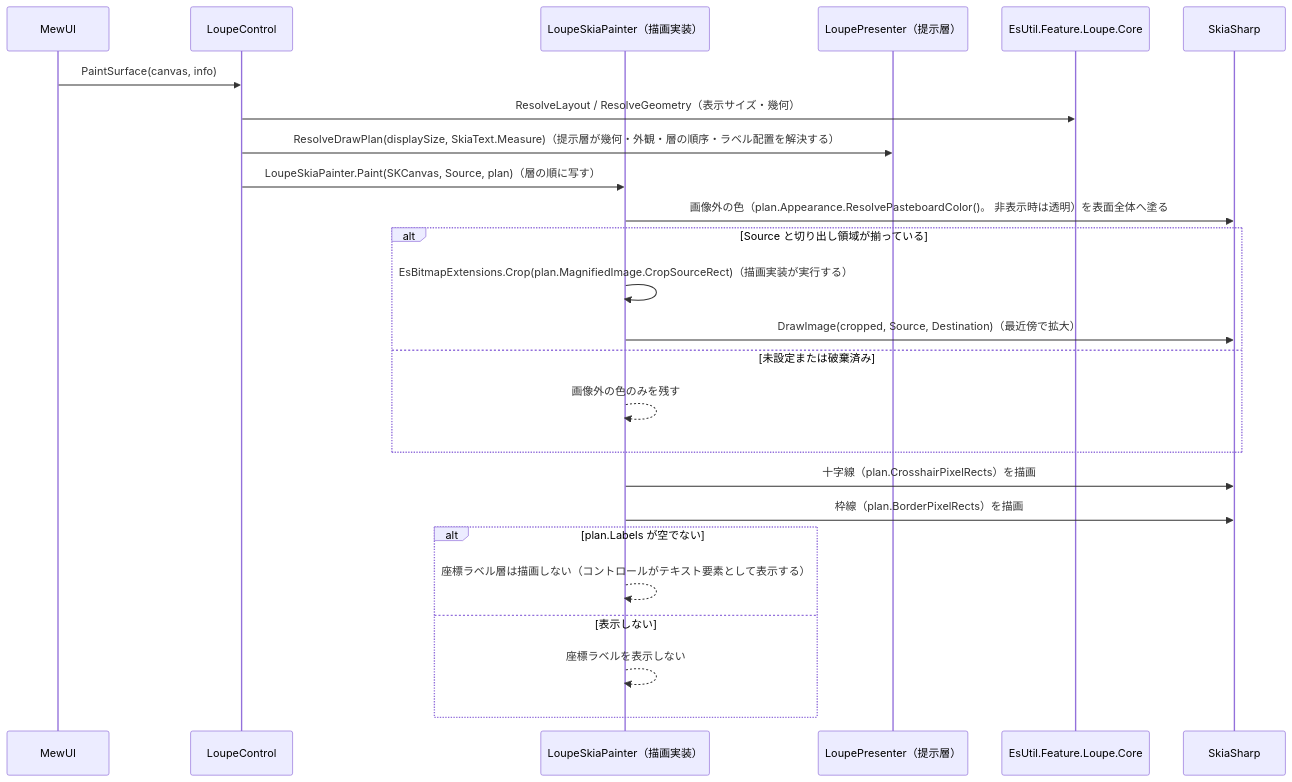
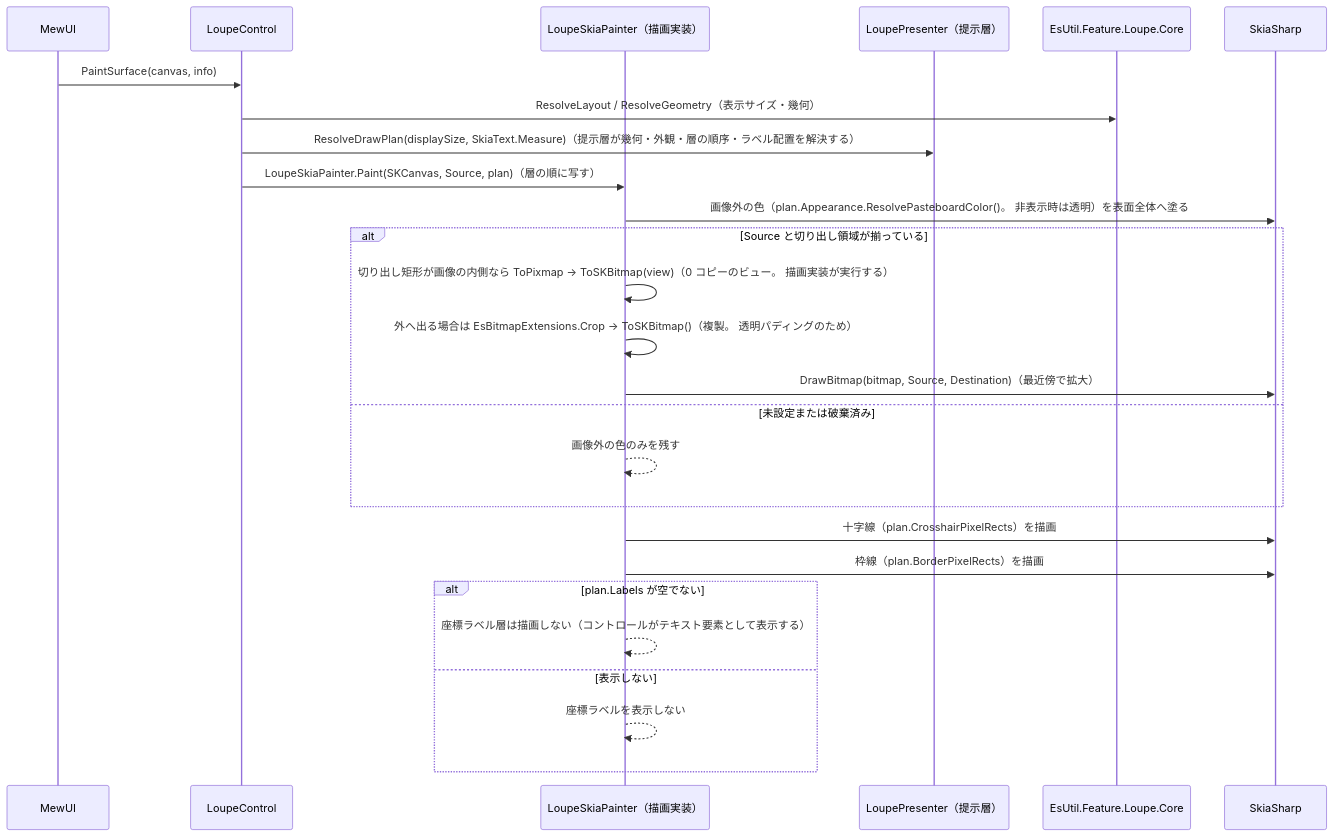
One commit to tomokuni/SaveEvidence changed the second of 2 diagrams in src/EsUtil.Feature.Loupe.ControlMewUI/docs/SPEC_System.md. Above: the diagram before and after it, drawn with Mermaid. The commit also changed other lines of this file and 21 other files, not shown here.

````diff
--- a/src/EsUtil.Feature.Loupe.ControlMewUI/docs/SPEC_System.md
+++ b/src/EsUtil.Feature.Loupe.ControlMewUI/docs/SPEC_System.md
@@ -218,28 +218,29 @@
 ```mermaid
 sequenceDiagram
     participant MW as MewUI
     participant LC as LoupeControl
     participant R as LoupeSkiaPainter（描画実装）
     participant P as LoupePresenter（提示層）
     participant C as EsUtil.Feature.Loupe.Core
     participant SK as SkiaSharp
 
     MW->>LC: PaintSurface(canvas, info)
     LC->>C: ResolveLayout / ResolveGeometry（表示サイズ・幾何）
     LC->>P: ResolveDrawPlan(displaySize, SkiaText.Measure)（提示層が幾何・外観・層の順序・ラベル配置を解決する）
     LC->>R: LoupeSkiaPainter.Paint(SKCanvas, Source, plan)（層の順に写す）
     R->>SK: 画像外の色（plan.Appearance.ResolvePasteboardColor()。 非表示時は透明）を表面全体へ塗る
     alt Source と切り出し領域が揃っている
-        R->>R: EsBitmapExtensions.Crop(plan.MagnifiedImage.CropSourceRect)（描画実装が実行する）
-        R->>SK: DrawImage(cropped, Source, Destination)（最近傍で拡大）
+        R->>R: 切り出し矩形が画像の内側なら ToPixmap → ToSKBitmap(view)（0 コピーのビュー。 描画実装が実行する）
+        R->>R: 外へ出る場合は EsBitmapExtensions.Crop → ToSKBitmap()（複製。 透明パディングのため）
+        R->>SK: DrawBitmap(bitmap, Source, Destination)（最近傍で拡大）
     else 未設定または破棄済み
         R-->>R: 画像外の色のみを残す
     end
     R->>SK: 十字線（plan.CrosshairPixelRects）を描画
     R->>SK: 枠線（plan.BorderPixelRects）を描画
     alt plan.Labels が空でない
         R-->>R: 座標ラベル層は描画しない（コントロールがテキスト要素として表示する）
     else 表示しない
         R-->>R: 座標ラベルを表示しない
     end
 ```
````
